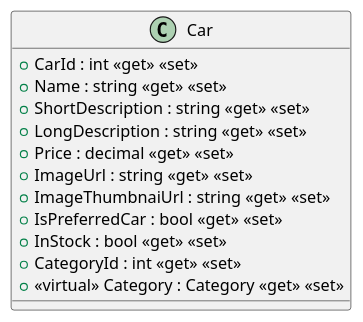
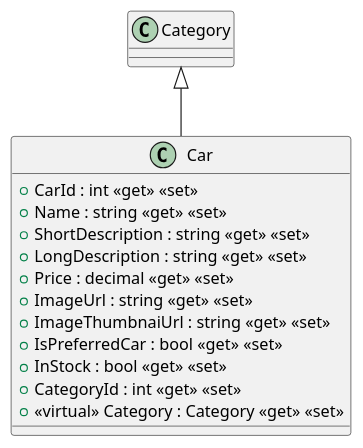
One commit to daniel2IT/CarAndGoWebApp changed the diagram in CarAndGo/Data/Models/Car.puml. Above: the diagram before and after it, drawn with PlantUML. The commit also changed 16 other files, not shown here.

```diff
--- a/CarAndGo/Data/Models/Car.puml
+++ b/CarAndGo/Data/Models/Car.puml
@@ -1,15 +1,16 @@
 @startuml
 class Car {
     + CarId : int <<get>> <<set>>
     + Name : string <<get>> <<set>>
     + ShortDescription : string <<get>> <<set>>
     + LongDescription : string <<get>> <<set>>
     + Price : decimal <<get>> <<set>>
     + ImageUrl : string <<get>> <<set>>
     + ImageThumbnaiUrl : string <<get>> <<set>>
     + IsPreferredCar : bool <<get>> <<set>>
     + InStock : bool <<get>> <<set>>
     + CategoryId : int <<get>> <<set>>
     + <<virtual>> Category : Category <<get>> <<set>>
 }
+Category <|-- Car
 @enduml
```
